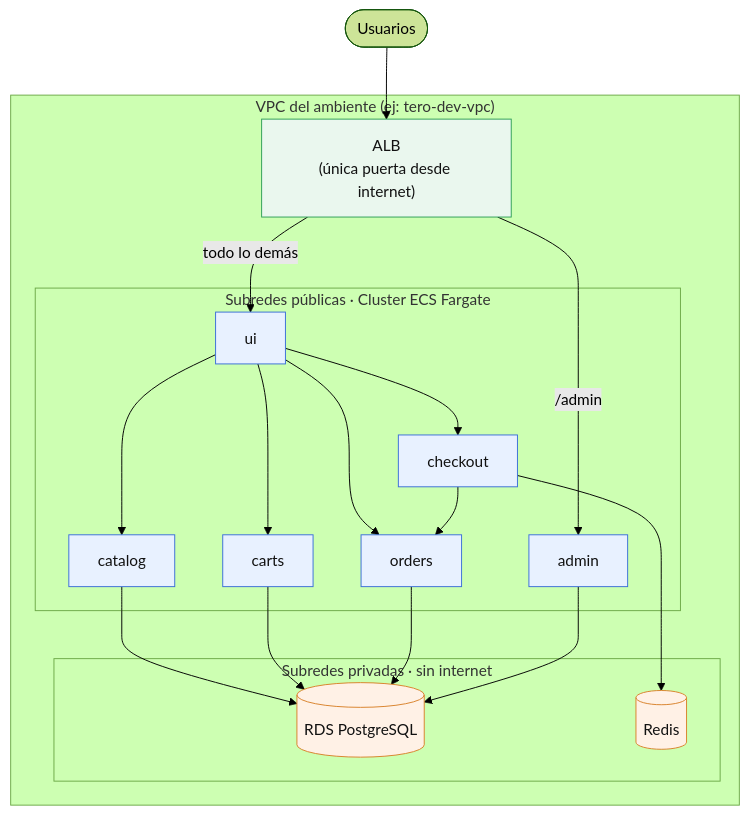
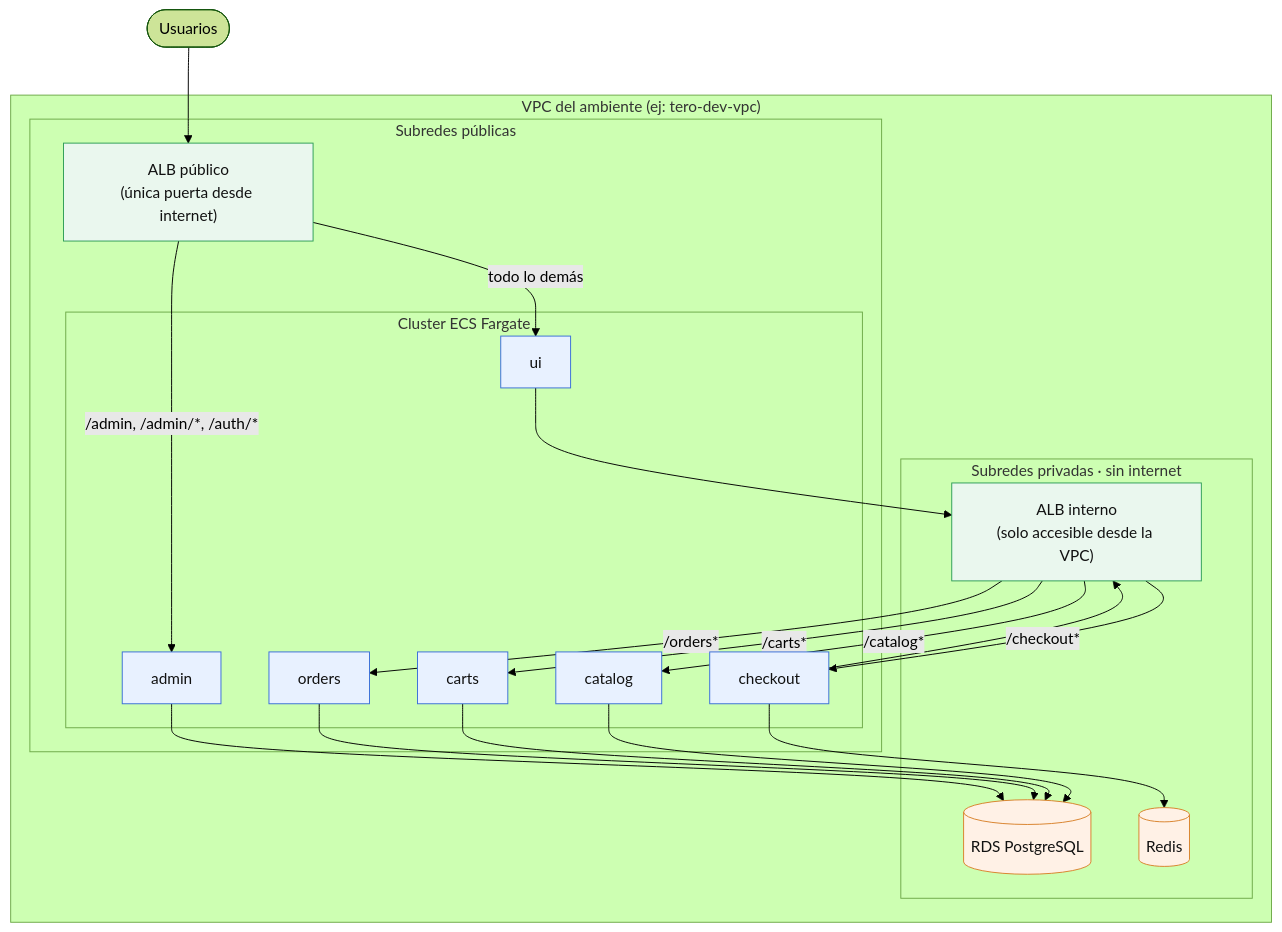
The first of 5 diagrams in docs/infra/despliegue-ecs.md (nicolasaharonian/DevOps-Tero-2026), drawn with Mermaid (forest theme) before and after one commit. The commit also changed other lines of this file, not shown here.

````diff
--- a/docs/infra/despliegue-ecs.md
+++ b/docs/infra/despliegue-ecs.md
@@ -7,42 +18,48 @@
 ```mermaid
 flowchart TB
     U([Usuarios]) --> ALB
 
     subgraph VPC["VPC del ambiente (ej: tero-dev-vpc)"]
-        ALB["ALB<br/>(única puerta desde internet)"]
+        subgraph PUB["Subredes públicas"]
+            ALB["ALB público<br/>(única puerta desde internet)"]
 
-        subgraph PUB["Subredes públicas · Cluster ECS Fargate"]
-            UI[ui]
-            ADMIN[admin]
-            CAT[catalog]
-            CARTS[carts]
-            CHK[checkout]
-            ORD[orders]
+            subgraph ECS["Cluster ECS Fargate"]
+                UI[ui]
+                ADMIN[admin]
+                CAT[catalog]
+                CARTS[carts]
+                CHK[checkout]
+                ORD[orders]
+            end
         end
 
         subgraph PRIV["Subredes privadas · sin internet"]
+            IALB["ALB interno<br/>(solo accesible desde la VPC)"]
             RDS[("RDS PostgreSQL")]
             REDIS[("Redis")]
         end
     end
 
-    ALB -->|"/admin"| ADMIN
+    ALB -->|"/admin, /admin/*, /auth/*"| ADMIN
     ALB -->|"todo lo demás"| UI
-    UI --> CAT
-    UI --> CARTS
-    UI --> CHK
-    UI --> ORD
-    CHK --> ORD
+
+    UI --> IALB
+    CHK --> IALB
+    IALB -->|"/catalog*"| CAT
+    IALB -->|"/carts*"| CARTS
+    IALB -->|"/checkout*"| CHK
+    IALB -->|"/orders*"| ORD
+
     CAT --> RDS
     CARTS --> RDS
     ORD --> RDS
     ADMIN --> RDS
     CHK --> REDIS
 
     classDef pub fill:#e8f1ff,stroke:#3b6fd8,color:#111
     classDef priv fill:#fff1e6,stroke:#d9822b,color:#111
     classDef edge fill:#eaf7ee,stroke:#2f9e57,color:#111
     class UI,ADMIN,CAT,CARTS,CHK,ORD pub
     class RDS,REDIS priv
-    class ALB edge
+    class ALB,IALB edge
 ```
````
